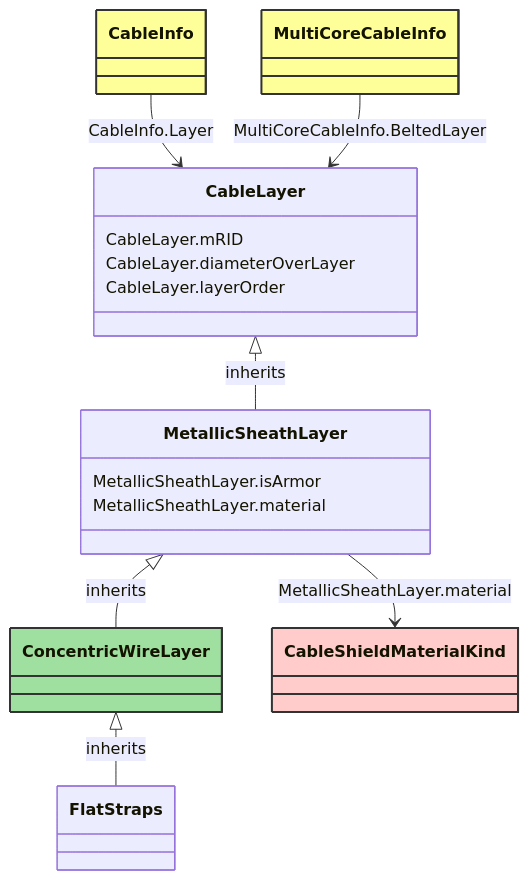
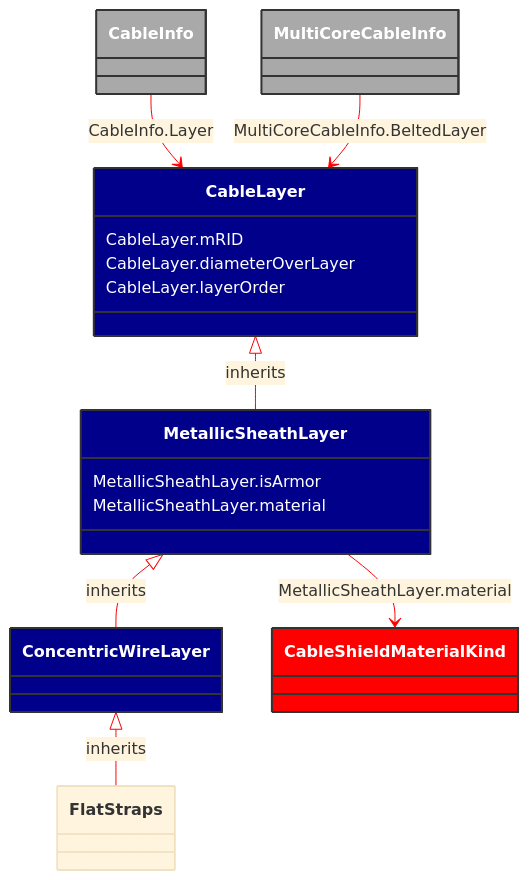
Before and after one commit to 3lbits/NoCIMExtensions: the diagram in docs/Models/Profiles/SubseaCableInfo/ConcreteClasses/ConcentricWireLayer.md, drawn with Mermaid. The commit also changed 58 other files, not shown here.

````diff
--- a/docs/Models/Profiles/SubseaCableInfo/ConcreteClasses/ConcentricWireLayer.md
+++ b/docs/Models/Profiles/SubseaCableInfo/ConcreteClasses/ConcentricWireLayer.md
@@ -8,47 +8,48 @@
 ```mermaid
+%%{init: {'theme':'base','themeVariables': {'lineColor': '#FF0000'}}}%%
 classDiagram
     class ConcentricWireLayer
     click ConcentricWireLayer href "/Models/Profiles/SubseaCableInfo/ConcreteClasses/ConcentricWireLayer/"
-    style ConcentricWireLayer fill:#9fdf9f,stroke:#333,stroke-width:2px,rx:10,ry:10
+    style ConcentricWireLayer fill:#006400,stroke:#333,stroke-width:2px,rx:10,ry:10,color:white
 
         ConcentricWireLayer <|-- FlatStraps : inherits
             click ConcentricWireLayer href "/Models/Profiles/SubseaCableInfo/ConcreteClasses/ConcentricWireLayer/"
-            style ConcentricWireLayer rx:10,ry:10
+            style ConcentricWireLayer fill:#00008B,stroke:#333,stroke-width:2px,rx:10,ry:10,color:white
 
         FlatStraps
             click FlatStraps href "/Models/Profiles/SubseaCableInfo/ConcreteClasses/FlatStraps/"
-            style FlatStraps rx:10,ry:10
+            style ConcentricWireLayer fill:#00008B,stroke:#333,stroke-width:2px,rx:10,ry:10,color:white
 
         MetallicSheathLayer <|-- ConcentricWireLayer : inherits
             click MetallicSheathLayer href "/Models/Profiles/SubseaCableInfo/ConcreteClasses/MetallicSheathLayer/"
-            style MetallicSheathLayer rx:10,ry:10
+            style MetallicSheathLayer fill:#00008B,stroke:#333,stroke-width:2px,rx:10,ry:10,color:white
 
         CableLayer <|-- MetallicSheathLayer : inherits
             click CableLayer href "/Models/Profiles/SubseaCableInfo/AbstractClasses/CableLayer/"
-            style CableLayer rx:10,ry:10
+            style CableLayer fill:#00008B,stroke:#333,stroke-width:2px,rx:10,ry:10,color:white
 
 
         CableInfo --> CableLayer : CableInfo.Layer
 
         CableInfo
             click CableInfo href "/Models/Profiles/SubseaCableInfo/ConcreteClasses/CableInfo/"
-            style CableInfo fill:#ffff99,stroke:#333,stroke-width:2px,rx:10,ry:10
+            style CableInfo fill:#A9A9A9,stroke:#333,stroke-width:2px,rx:10,ry:10,color:white
 
         MultiCoreCableInfo --> CableLayer : MultiCoreCableInfo.BeltedLayer
 
         MultiCoreCableInfo
             click MultiCoreCableInfo href "/Models/Profiles/SubseaCableInfo/ConcreteClasses/MultiCoreCableInfo/"
-            style MultiCoreCableInfo fill:#ffff99,stroke:#333,stroke-width:2px,rx:10,ry:10
+            style MultiCoreCableInfo fill:#A9A9A9,stroke:#333,stroke-width:2px,rx:10,ry:10,color:white
 
         MetallicSheathLayer --> CableShieldMaterialKind : MetallicSheathLayer.material
 
         CableShieldMaterialKind
             click CableShieldMaterialKind href "/Models/Profiles/SubseaCableInfo/Enumerations/CableShieldMaterialKind/"
-            style CableShieldMaterialKind fill:#FFCCCB,stroke:#333,stroke-width:2px,rx:10,ry:10
+            style CableShieldMaterialKind fill:#FF0000,stroke:#333,stroke-width:2px,rx:10,ry:10,color:white
 
         MetallicSheathLayer : MetallicSheathLayer.isArmor
         MetallicSheathLayer : MetallicSheathLayer.material
         CableLayer : CableLayer.mRID
         CableLayer : CableLayer.diameterOverLayer
         CableLayer : CableLayer.layerOrder
 ```
````
